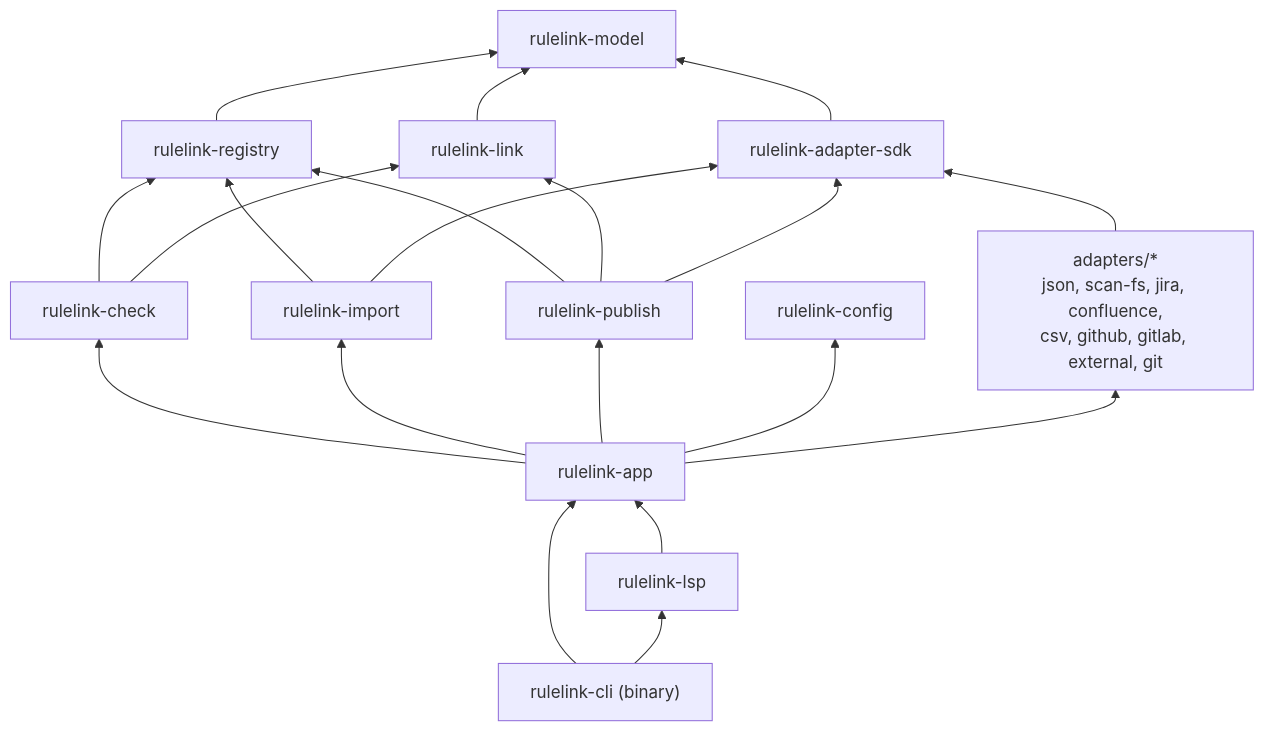
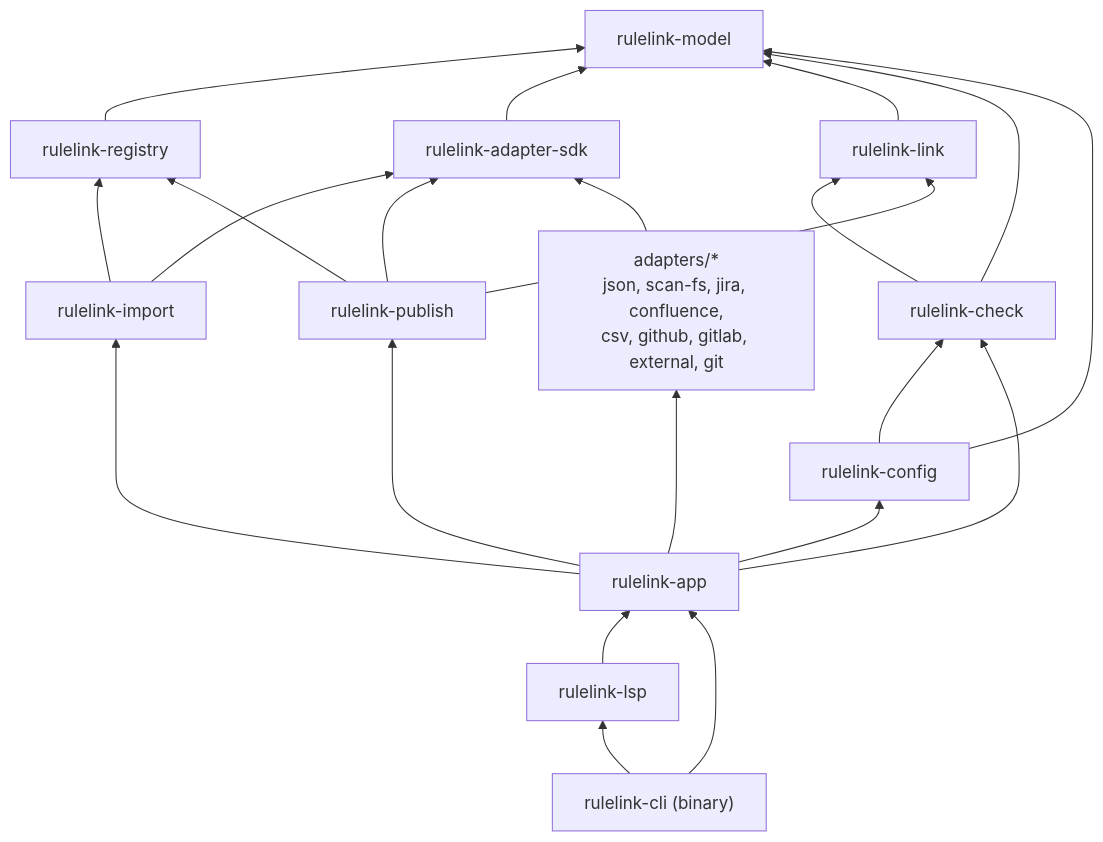
One commit to E-Jacques/Rulelink changed the third of 7 diagrams in docs/architecture/00-global-architecture.md. Above: the diagram before and after it, drawn with Mermaid. The commit also changed other lines of this file and 42 other files, not shown here.

````diff
--- a/docs/architecture/00-global-architecture.md
+++ b/docs/architecture/00-global-architecture.md
@@ -169,31 +168,33 @@
 ```mermaid
 flowchart BT
     model["rulelink-model"]
     registry["rulelink-registry"]
     sdk["rulelink-adapter-sdk"]
     link["rulelink-link"]
     check["rulelink-check"]
     import["rulelink-import"]
     publish["rulelink-publish"]
     config["rulelink-config"]
     app["rulelink-app"]
     adapters["adapters/*<br/>json, scan-fs, jira, confluence,<br/>csv, github, gitlab, external, git"]
     cli["rulelink-cli (binary)"]
     lsp["rulelink-lsp"]
 
     registry --> model
     sdk --> model
     link --> model
-    check --> registry
+    check --> model
     check --> link
+    config --> model
+    config --> check
     import --> registry
     import --> sdk
     publish --> registry
     publish --> link
     publish --> sdk
     adapters --> sdk
     app --> check & import & publish & config
     app --> adapters
     lsp --> app
     cli --> app & lsp
 ```
````
